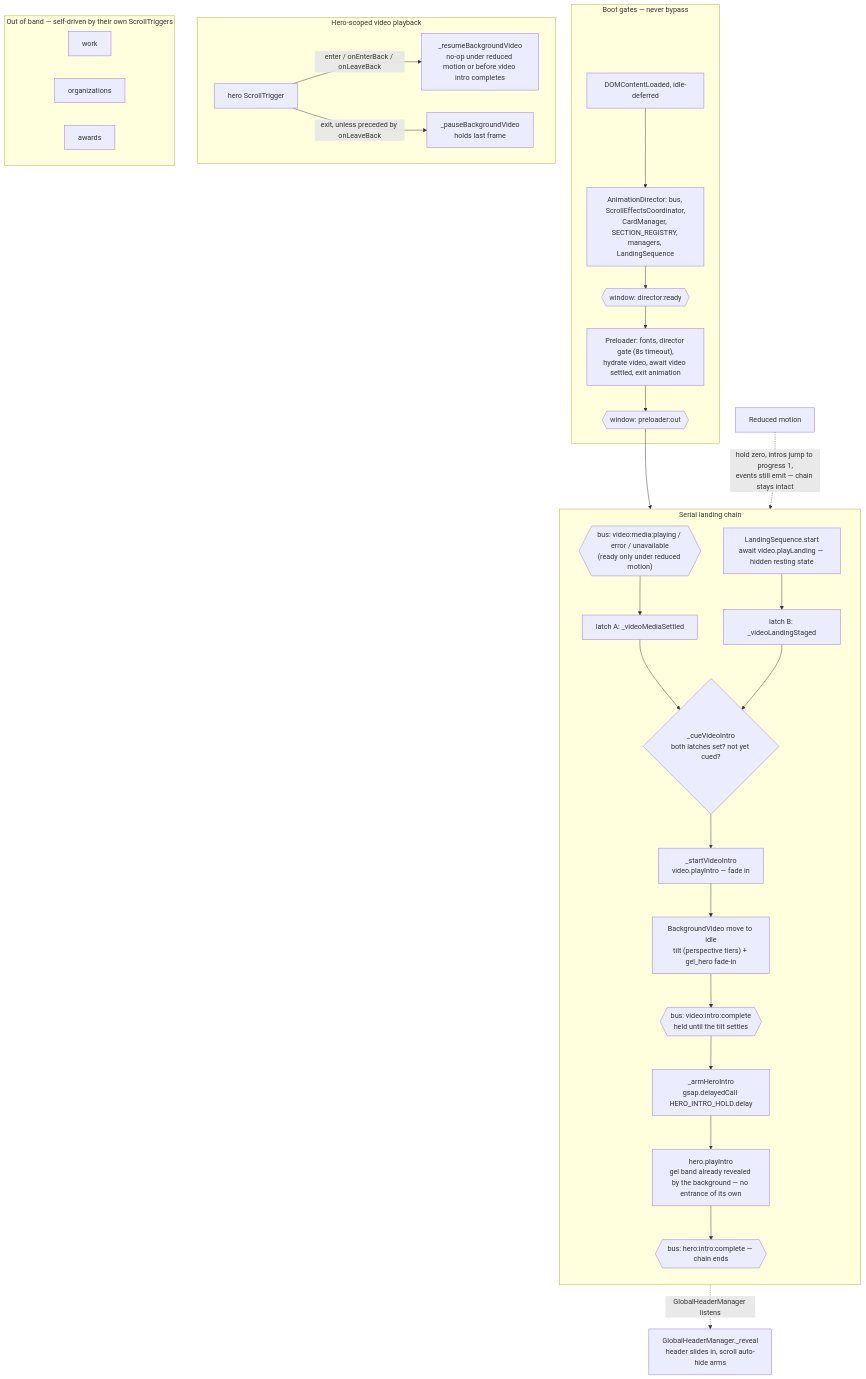
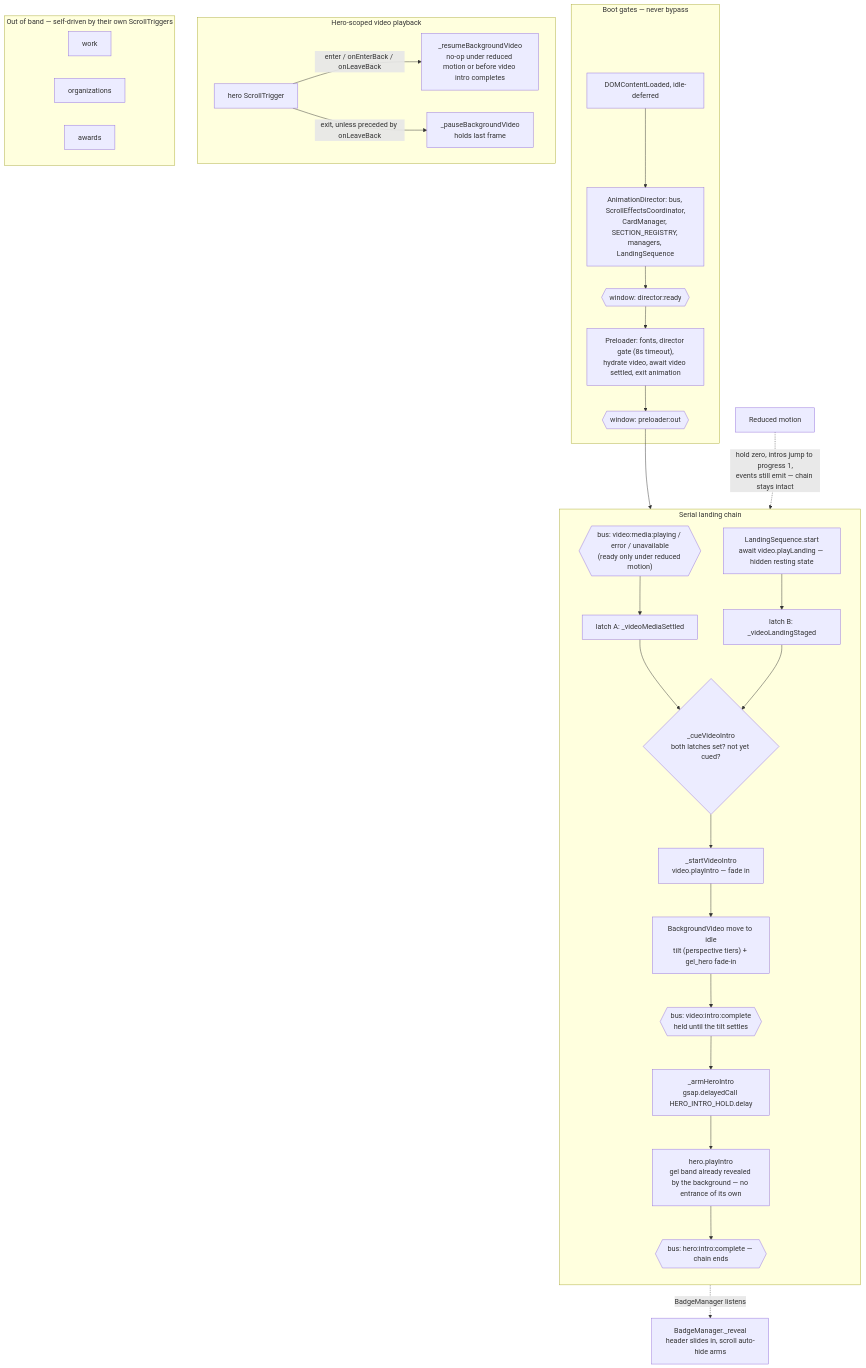
One commit to datainkio/portfolio-frontend changed the second of 2 diagrams in js/choreography/templates/landing/LandingSequence.md. Above: the diagram before and after it, drawn with Mermaid. The commit also changed other lines of this file and 17 other files, not shown here.

First line of the commit message:
refactor(choreography): rename GlobalHeaderManager to BadgeManager

````diff
--- a/js/choreography/templates/landing/LandingSequence.md
+++ b/js/choreography/templates/landing/LandingSequence.md
@@ -150,41 +150,41 @@
 ```mermaid
 flowchart TD
     subgraph boot["Boot gates — never bypass"]
         DCL["DOMContentLoaded, idle-deferred"] --> AD["AnimationDirector: bus, ScrollEffectsCoordinator,<br/>CardManager, SECTION_REGISTRY, managers, LandingSequence"]
         AD --> DR{{"window: director:ready"}}
         DR --> PRE["Preloader: fonts, director gate (8s timeout),<br/>hydrate video, await video settled, exit animation"]
         PRE --> PO{{"window: preloader:out"}}
     end
 
     subgraph chain["Serial landing chain"]
         direction TB
         VS{{"bus: video:media:playing / error / unavailable<br/>(ready only under reduced motion)"}} --> LA["latch A: _videoMediaSettled"]
         PO --> START["LandingSequence.start<br/>await video.playLanding — hidden resting state"]
         START --> LB["latch B: _videoLandingStaged"]
         LA --> CUE{"_cueVideoIntro<br/>both latches set? not yet cued?"}
         LB --> CUE
         CUE --> VID["_startVideoIntro<br/>video.playIntro — fade in"]
         VID --> IDLE["BackgroundVideo move to idle<br/>tilt (perspective tiers) + gel_hero fade-in"]
         IDLE --> VIC{{"bus: video:intro:complete<br/>held until the tilt settles"}}
         VIC --> BEAT["_armHeroIntro<br/>gsap.delayedCall HERO_INTRO_HOLD.delay"]
         BEAT --> HERO["hero.playIntro<br/>gel band already revealed by the background — no entrance of its own"]
         HERO --> BIC{{"bus: hero:intro:complete — chain ends"}}
     end
 
-    BIC -.->|"GlobalHeaderManager listens"| HDR["GlobalHeaderManager._reveal<br/>header slides in, scroll auto-hide arms"]
+    BIC -.->|"BadgeManager listens"| HDR["BadgeManager._reveal<br/>header slides in, scroll auto-hide arms"]
 
     subgraph gate["Hero-scoped video playback"]
         direction LR
         HEROST["hero ScrollTrigger"] -->|"enter / onEnterBack / onLeaveBack"| RES["_resumeBackgroundVideo<br/>no-op under reduced motion or before video intro completes"]
         HEROST -->|"exit, unless preceded by onLeaveBack"| PAU["_pauseBackgroundVideo<br/>holds last frame"]
     end
 
     subgraph scroll["Out of band — self-driven by their own ScrollTriggers"]
         direction LR
         WORK["work"]
         ORGS["organizations"]
         AWARDS["awards"]
     end
 
     RM["Reduced motion"] -.->|"hold zero, intros jump to progress 1,<br/>events still emit — chain stays intact"| chain
 ```
````
